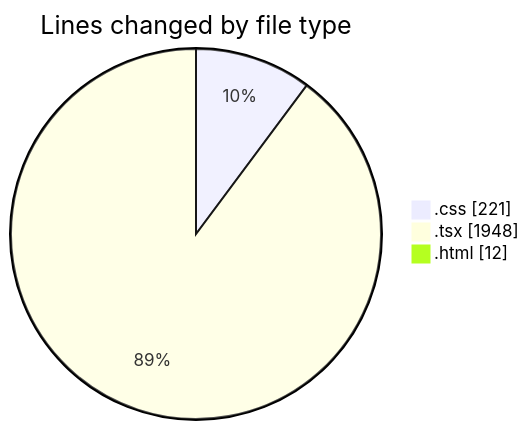
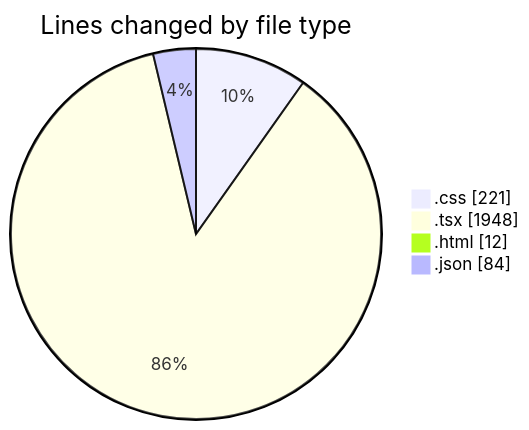
The first of 2 diagrams in 2025-03-29/binarysec/README.md (Elitesun/code-tracking), drawn with Mermaid before and after one commit. The commit also changed other lines of this file and 1 other file, not shown here.

````diff
--- a/2025-03-29/binarysec/README.md
+++ b/2025-03-29/binarysec/README.md
@@ -32,7 +33,8 @@
 ```mermaid
 pie showData
 title Lines changed by file type
 ".css" : 221
 ".tsx" : 1948
 ".html" : 12
+".json" : 84
 ```
````
